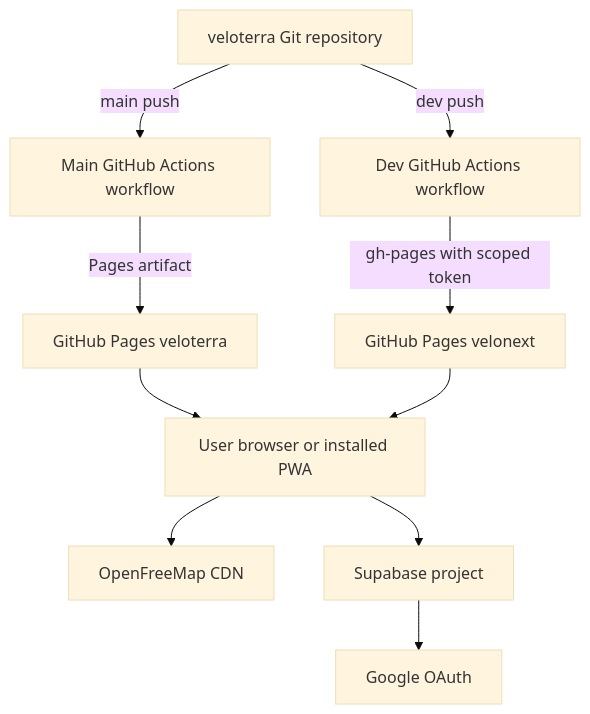
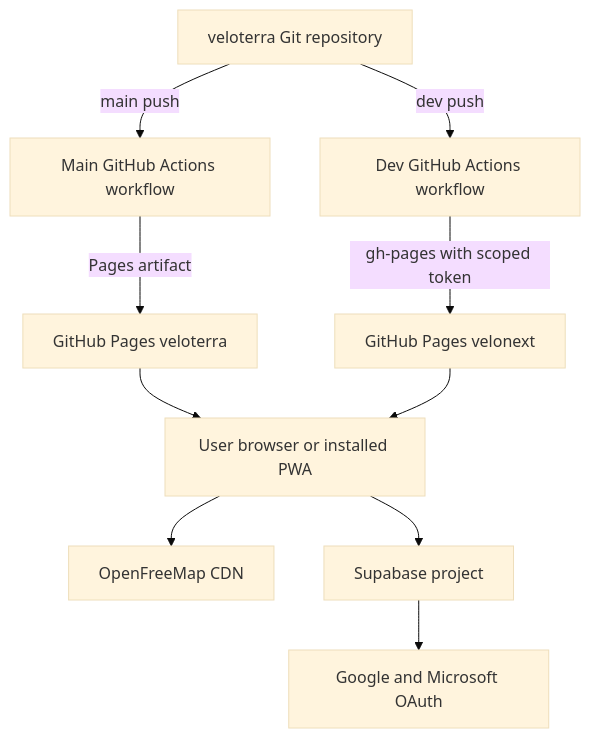
One commit to MadCowDevelopment/veloterra changed the diagram in Architecture/8-Deployment-View/8.1-Infrastructure.md. Above: the diagram before and after it, drawn with Mermaid (base theme). The commit also changed 19 other files, not shown here.

Commit message:
feat: add Microsoft OAuth support alongside Google for enhanced authentication options

````diff
--- a/Architecture/8-Deployment-View/8.1-Infrastructure.md
+++ b/Architecture/8-Deployment-View/8.1-Infrastructure.md
@@ -9,22 +9,22 @@
 ```mermaid
 graph TB
     Repo[veloterra Git repository]
     MainCI[Main GitHub Actions workflow]
     DevCI[Dev GitHub Actions workflow]
     Prod[GitHub Pages veloterra]
     Dev[GitHub Pages velonext]
     Browser[User browser or installed PWA]
     OFM[OpenFreeMap CDN]
     Supabase[Supabase project]
-    Google[Google OAuth]
+    Identity[Google and Microsoft OAuth]
 
     Repo -->|main push| MainCI
     Repo -->|dev push| DevCI
     MainCI -->|Pages artifact| Prod
     DevCI -->|gh-pages with scoped token| Dev
     Prod --> Browser
     Dev --> Browser
     Browser --> OFM
     Browser --> Supabase
-    Supabase --> Google
+    Supabase --> Identity
 ```
````
